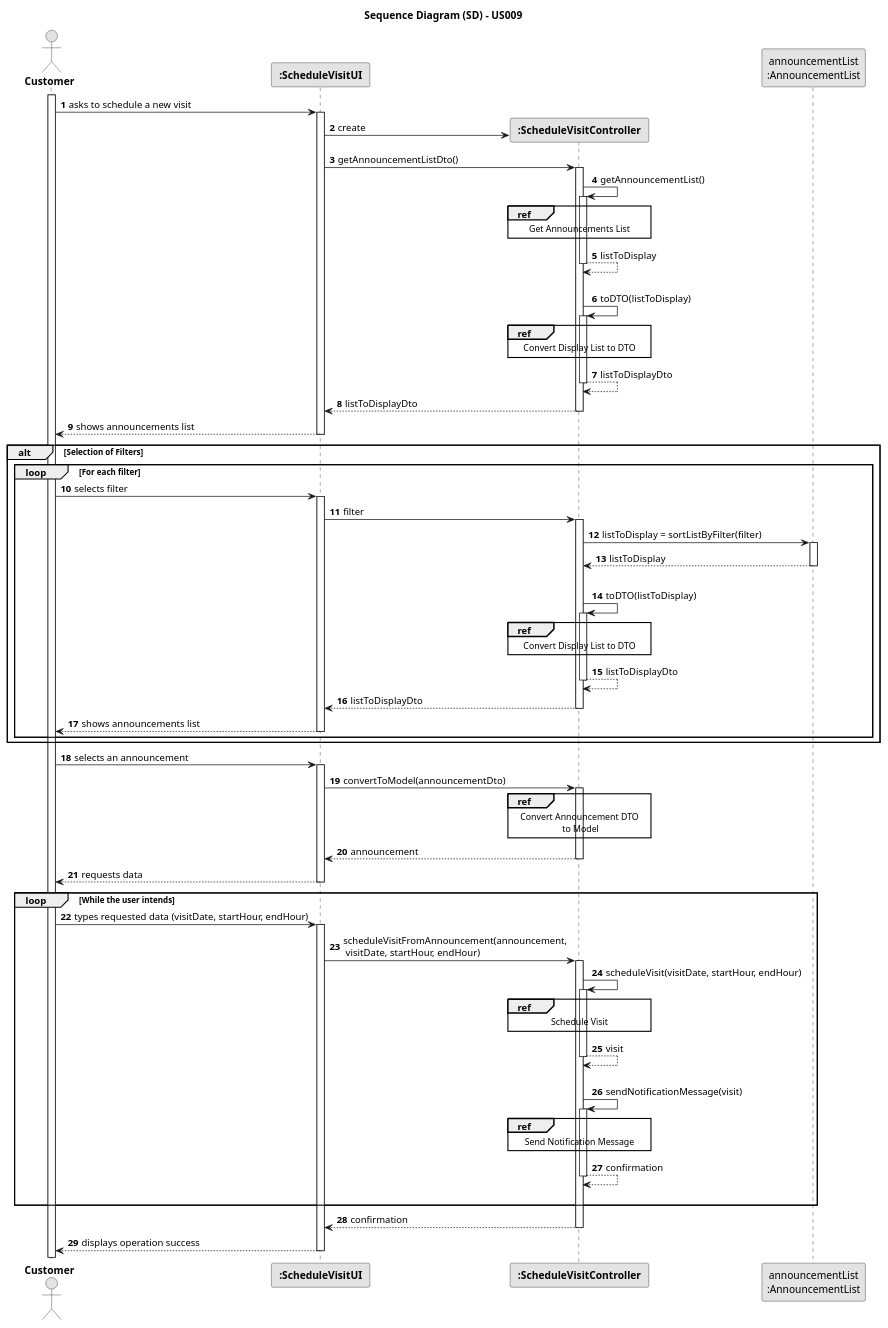
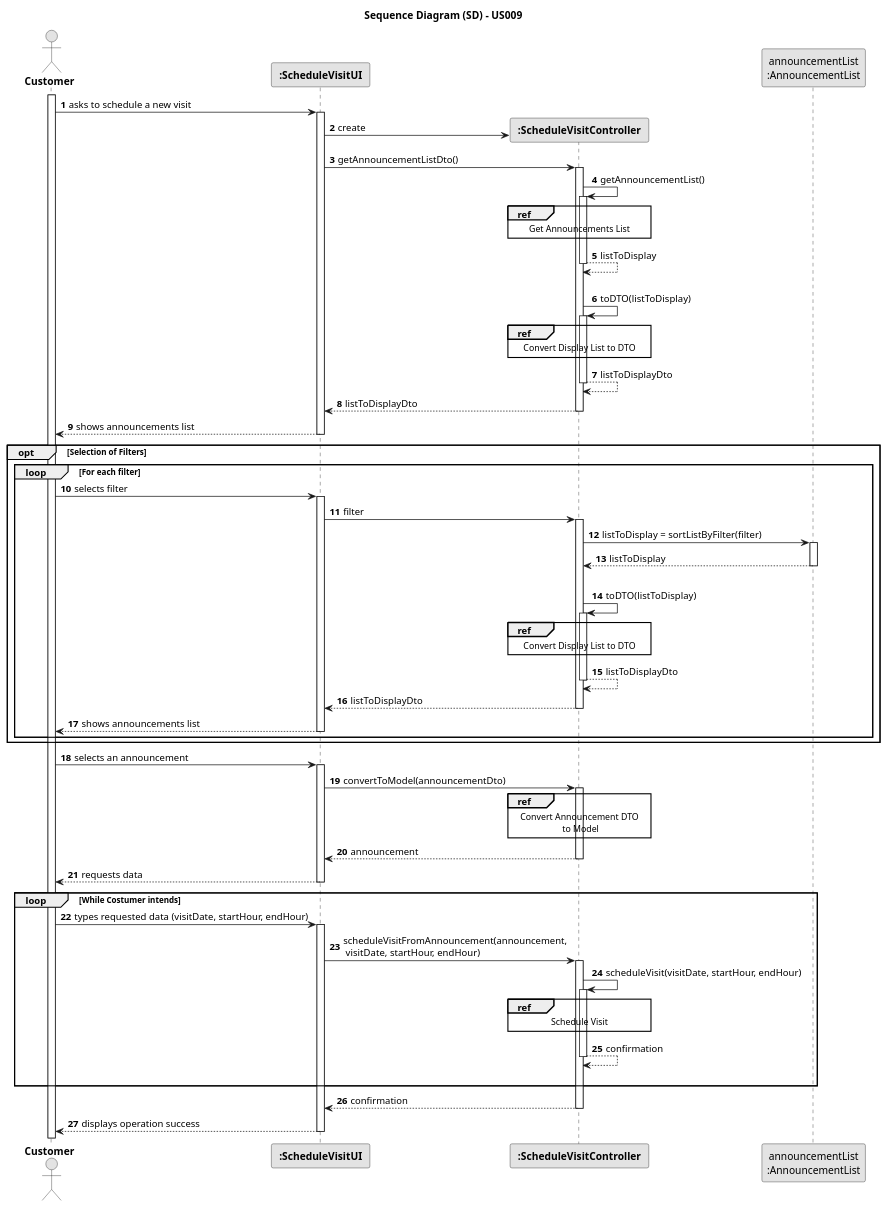
One commit to rita-barbosa/LAPR2-2223 changed the diagram in docs/sprintC/us009/03.design/puml/us009-sequence-diagram-slip.puml. Above: the diagram before and after it, drawn with PlantUML.

Commit message:
Split SD update [US009] [Design]

```diff
--- a/docs/sprintC/us009/03.design/puml/us009-sequence-diagram-slip.puml
+++ b/docs/sprintC/us009/03.design/puml/us009-sequence-diagram-slip.puml
@@ -1,141 +1,127 @@
 @startuml
 skinparam monochrome true
 skinparam packageStyle rectangle
 skinparam shadowing false
 
 title Sequence Diagram (SD) - US009
 
 autonumber
 
 actor "<b> Customer </b>" as CTM
 participant "<b> :ScheduleVisitUI </b>" as UI
 participant "<b> :ScheduleVisitController </b>" as CTRL
 participant "announcementList\n:AnnouncementList" as LISTCLASS
 
 activate CTM
 
     CTM -> UI : asks to schedule a new visit
         activate UI
 
     UI -> CTRL** : create
 
     UI -> CTRL : getAnnouncementListDto()
         activate CTRL
 
     CTRL -> CTRL : getAnnouncementList()
     activate CTRL
             ref over CTRL
                 Get Announcements List
             end ref
         CTRL --> CTRL : listToDisplay
     deactivate CTRL
 |||
     CTRL -> CTRL : toDTO(listToDisplay)
     activate CTRL
             ref over CTRL
                 Convert Display List to DTO
             end ref
         CTRL --> CTRL : listToDisplayDto
     deactivate CTRL
 
         CTRL --> UI : listToDisplayDto
     deactivate CTRL
 
         UI --> CTM : shows announcements list
     deactivate UI
 
-    alt Selection of Filters
+    opt Selection of Filters
 
         loop For each filter
             CTM -> UI : selects filter
             activate UI
 
             UI -> CTRL : filter
 
             activate CTRL
 
                 CTRL -> LISTCLASS : listToDisplay = sortListByFilter(filter)
                 activate LISTCLASS
 
                     LISTCLASS --> CTRL : listToDisplay
                 deactivate LISTCLASS
 
                 |||
                     CTRL -> CTRL : toDTO(listToDisplay)
                     activate CTRL
                             ref over CTRL
                                 Convert Display List to DTO
                             end ref
                         CTRL --> CTRL : listToDisplayDto
                     deactivate CTRL
 
                         CTRL --> UI : listToDisplayDto
                     deactivate CTRL
 
                         UI --> CTM : shows announcements list
                     deactivate UI
 
             deactivate CTRL
 
-
-
             deactivate UI
 
-
-
         end loop
-    end alt
+    end opt
 
     CTM -> UI : selects an announcement
         activate UI
 
     UI -> CTRL : convertToModel(announcementDto)
     activate CTRL
         ref over CTRL
             Convert Announcement DTO
              to Model
         end ref
 
         CTRL --> UI : announcement
     deactivate CTRL
 
     UI --> CTM : requests data
         deactivate UI
 
-    loop While the user intends
+    loop While Costumer intends
     CTM -> UI : types requested data (visitDate, startHour, endHour)
         activate UI
 
         UI -> CTRL : scheduleVisitFromAnnouncement(announcement,\n visitDate, startHour, endHour)
 
         activate CTRL
 
         CTRL -> CTRL : scheduleVisit(visitDate, startHour, endHour)
         activate CTRL
 
         ref over CTRL
             Schedule Visit
         end ref
 
-            CTRL --> CTRL : visit
+            CTRL --> CTRL : confirmation
         deactivate CTRL
-|||
-    CTRL -> CTRL : sendNotificationMessage(visit)
-        activate CTRL
-
-        ref over CTRL
-            Send Notification Message
-        end ref
-
-    CTRL --> CTRL : confirmation
-    deactivate CTRL
     |||
     end loop
 
     CTRL --> UI : confirmation
     deactivate CTRL
 
     UI --> CTM : displays operation success
         deactivate UI
 
 @enduml
```
